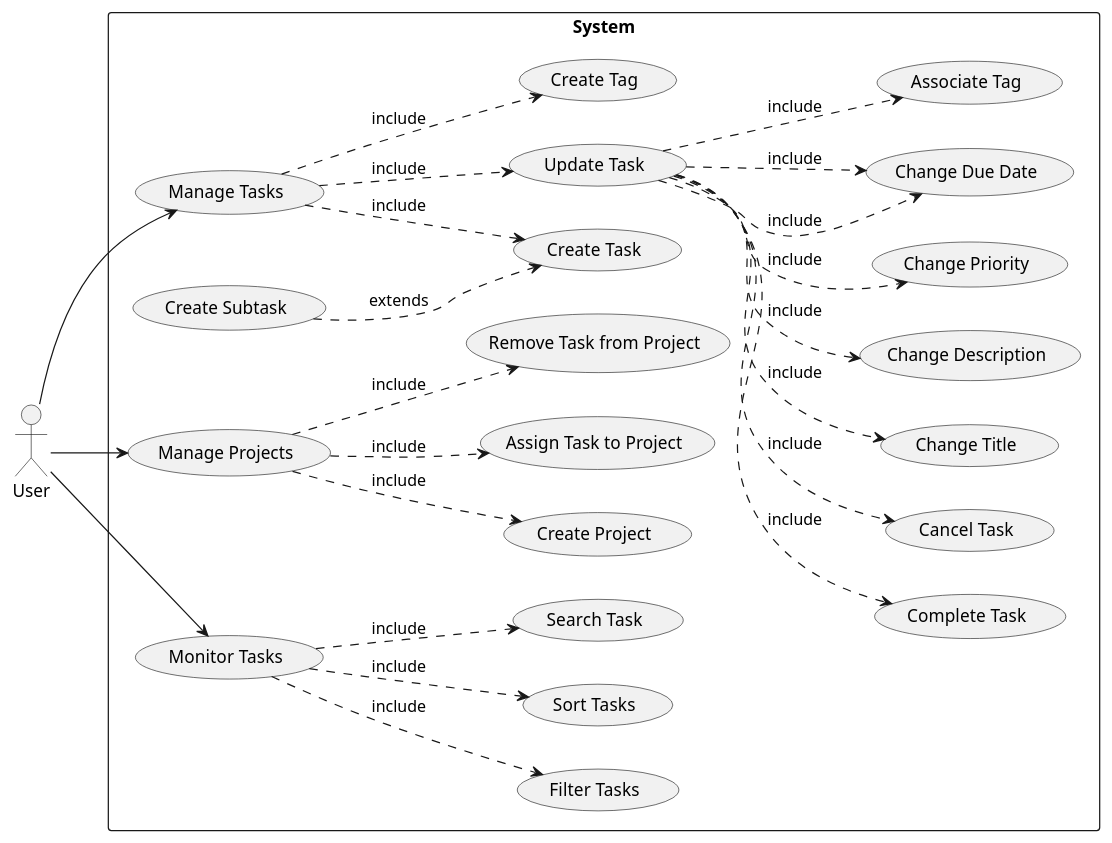
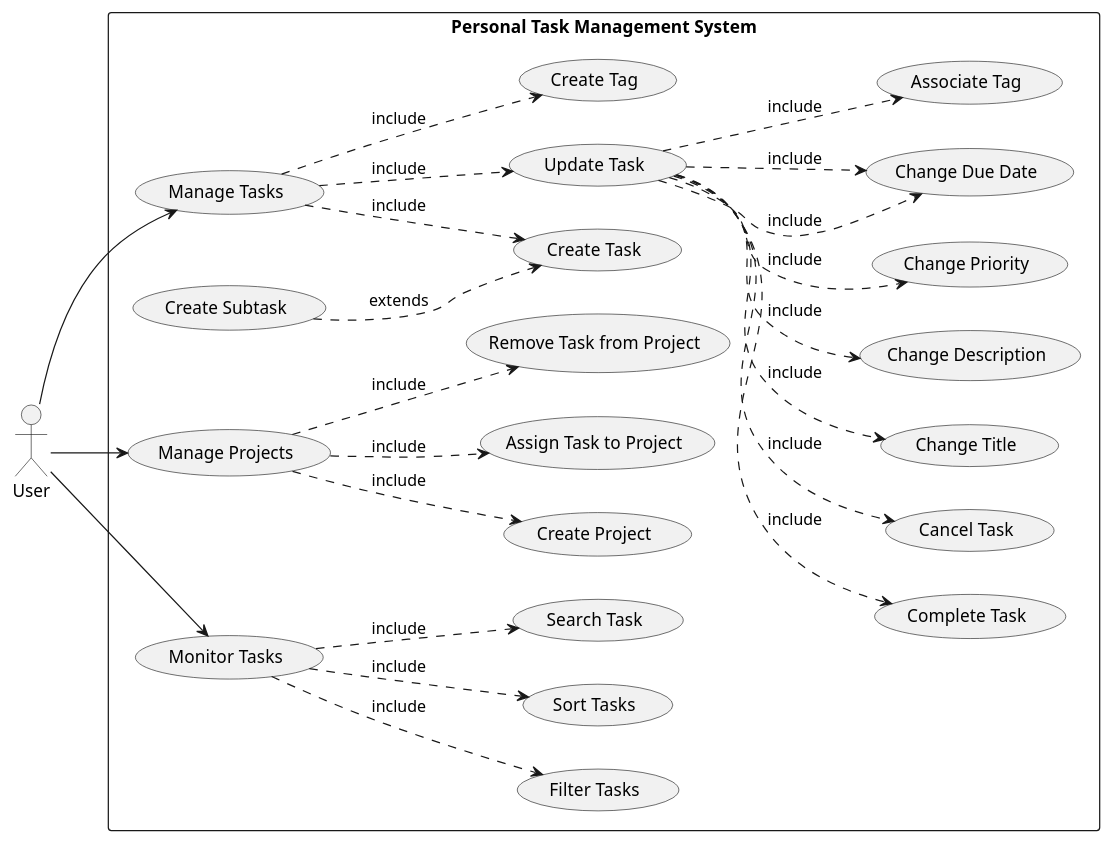
Before and after one commit to t-mandam/SOEN_342_Group_Project: the diagram in Iteration_01/Use Cases/use_case_diagram.plantuml, drawn with PlantUML.

Commit message:
Rename System
Rename to more relevant name "Personal Task Management System"

```diff
--- a/Iteration_01/Use Cases/use_case_diagram.plantuml
+++ b/Iteration_01/Use Cases/use_case_diagram.plantuml
@@ -1,49 +1,49 @@
 @startuml
 left to right direction
 actor User as u
-rectangle System {
+rectangle "Personal Task Management System" {
    usecase "Manage Tasks" as mt
      usecase "Create Task" as ctk
        usecase "Create Subtask" as cs
        cs ..> ctk : extends
      usecase "Update Task" as ut
        usecase "Complete Task" as cmpt
        usecase "Cancel Task" as cclt
        usecase "Change Title" as chgt
        usecase "Change Description" as chgd
        usecase "Change Priority" as chgp
        usecase "Change Due Date" as cdd
        usecase "Associate Tag" as asstg
        ut ..> cmpt : include
        ut ..> cclt : include
        ut ..> chgt : include
        ut ..> chgd : include
        ut ..> chgp : include
        ut ..> cdd : include
        ut ..> asstg : include
        ut ..> cdd : include
      usecase "Create Tag" as ctg
      mt ..> ctk : include
      mt ..> ut : include
      mt ..> ctg : include
 
    usecase "Manage Projects" as mp
      usecase "Create Project" as cp
      usecase "Assign Task to Project" as attp
      usecase "Remove Task from Project" as rtfp
      mp ..> cp : include
      mp ..> attp : include
      mp ..> rtfp : include
 
    usecase "Monitor Tasks" as mot
      usecase "Filter Tasks" as ft
      usecase "Sort Tasks" as st
      usecase "Search Task" as srch
      mot ..> ft : include
      mot ..> st : include
      mot ..> srch : include
 }
 u --> mt
 u --> mp
 u --> mot
 @enduml
```
